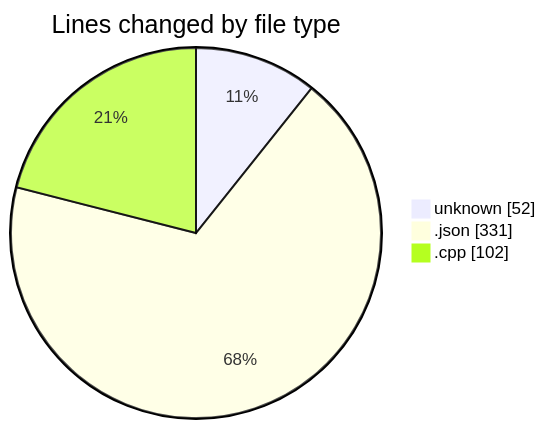
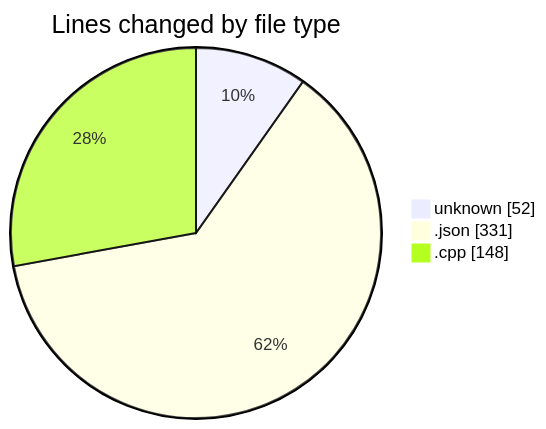
Before and after one commit to Netris89/code-tracking: the first of 2 diagrams in 2025-03-26/echo/README.md, drawn with Mermaid. The commit also changed other lines of this file and 1 other file, not shown here.

````diff
--- a/2025-03-26/echo/README.md
+++ b/2025-03-26/echo/README.md
@@ -24,7 +24,7 @@
 ```mermaid
 pie showData
 title Lines changed by file type
 "unknown" : 52
 ".json" : 331
-".cpp" : 102
+".cpp" : 148
 ```
````
